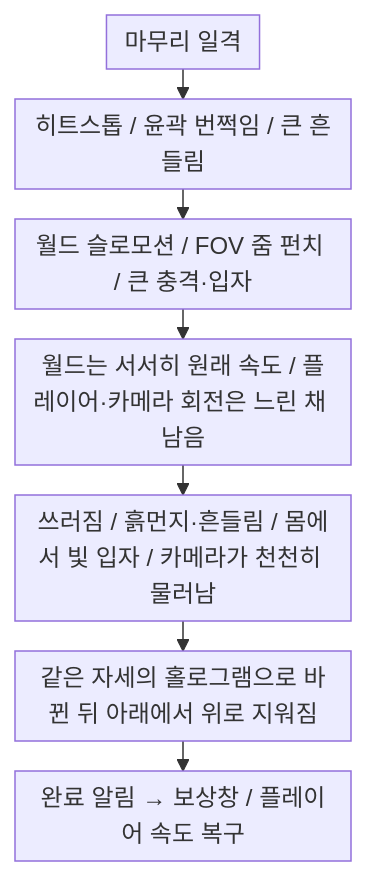
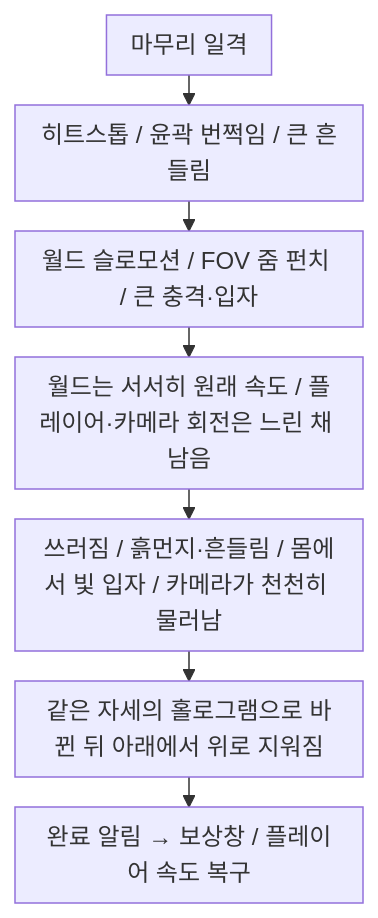
One commit to keeeery/portfolio changed diagram 12 of 13 in src/4-ODDITY/TechDoc_ODDITY.md. Above: the diagram before and after it, drawn with Mermaid. The commit also changed other lines of this file and 13 other files, not shown here.

Commit message:
기술 문서: 다이어그램 다듬기와 부가 설명 문구 통일, Arcanist 구조도를 전투·카드 개요로, ODDITY 보스 장 정리와 염동력 시연 GIF, 코드 발췌 머리 주석 통일, 데이터 다시 빌드

````diff
--- a/src/4-ODDITY/TechDoc_ODDITY.md
+++ b/src/4-ODDITY/TechDoc_ODDITY.md
@@ -1818,10 +1871,10 @@
 ```mermaid
-%%{init: {"flowchart": {"rankSpacing": 20, "nodeSpacing": 24, "padding": 6}}}%%
+%%{init: {"flowchart": {"rankSpacing": 20, "nodeSpacing": 24, "padding": 8}}}%%
 flowchart TB
     Finish[마무리 일격] --> Stop[히트스톱 / 윤곽 번쩍임 / 큰 흔들림]
     Stop --> Slow[월드 슬로모션 / FOV 줌 펀치 / 큰 충격·입자]
     Slow --> Recover[월드는 서서히 원래 속도 / 플레이어·카메라 회전은 느린 채 남음]
     Recover --> Fall[쓰러짐 / 흙먼지·흔들림 / 몸에서 빛 입자 / 카메라가 천천히 물러남]
     Fall --> Shed[같은 자세의 홀로그램으로 바뀐 뒤 아래에서 위로 지워짐]
     Shed --> Done[완료 알림 → 보상창 / 플레이어 속도 복구]
 ```
````
